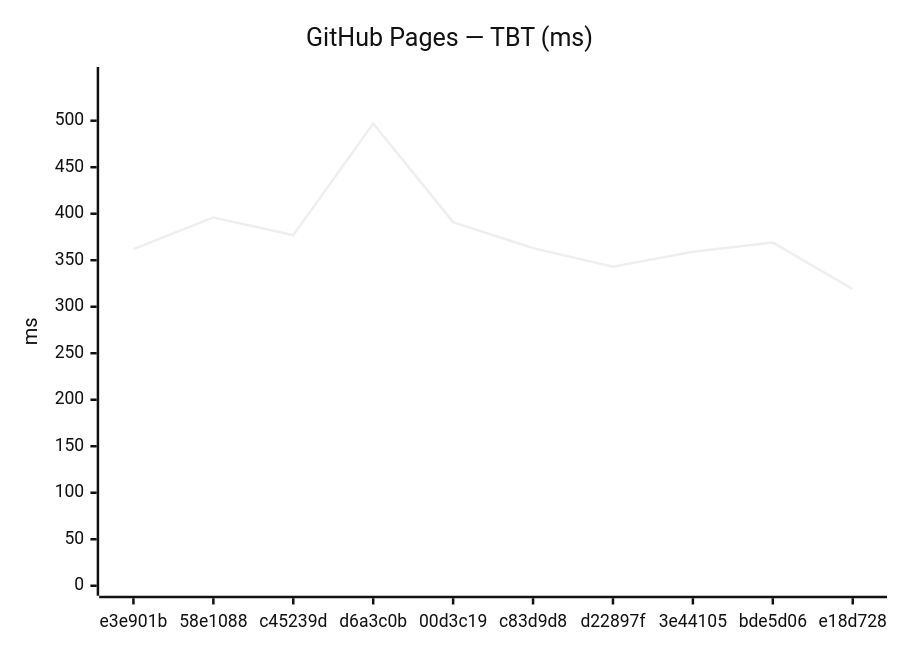
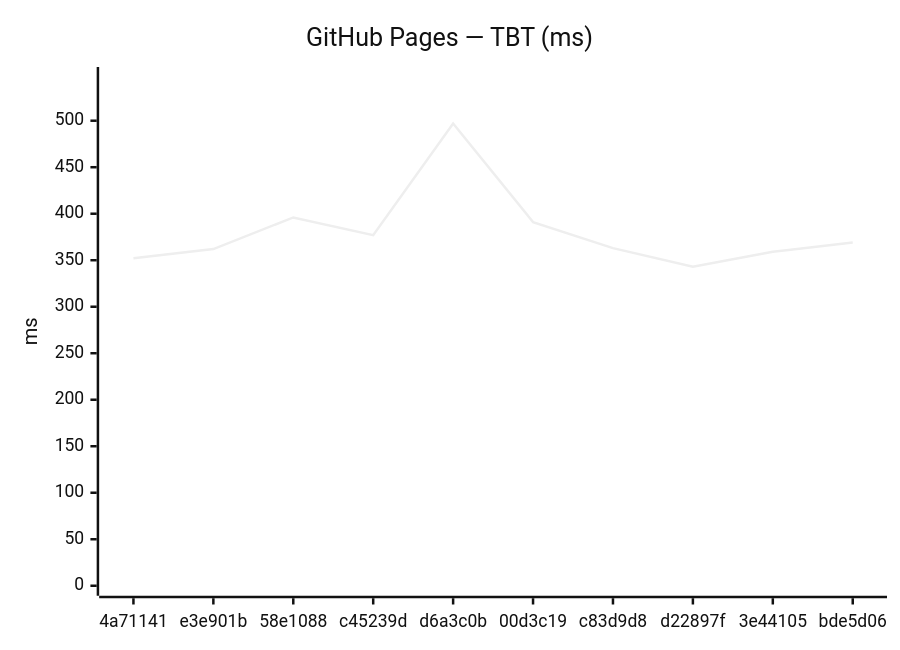
Before and after one commit to Metaheurist/Rianell: the fourth of 18 diagrams in benchmarks/compare.md, drawn with Mermaid (neutral theme). The commit also changed other lines of this file and 11 other files, not shown here.

````diff
--- a/benchmarks/compare.md
+++ b/benchmarks/compare.md
@@ -61,7 +61,7 @@
 ```mermaid
 xychart-beta
     title "GitHub Pages — TBT (ms)"
-    x-axis ["e3e901b", "58e1088", "c45239d", "d6a3c0b", "00d3c19", "c83d9d8", "d22897f", "3e44105", "bde5d06", "e18d728"]
+    x-axis ["4a71141", "e3e901b", "58e1088", "c45239d", "d6a3c0b", "00d3c19", "c83d9d8", "d22897f", "3e44105", "bde5d06"]
     y-axis "ms" 0 --> 547
-    line [362, 396, 377, 497, 391, 363, 343, 359, 369, 319]
+    line [352, 362, 396, 377, 497, 391, 363, 343, 359, 369]
 ```
````
